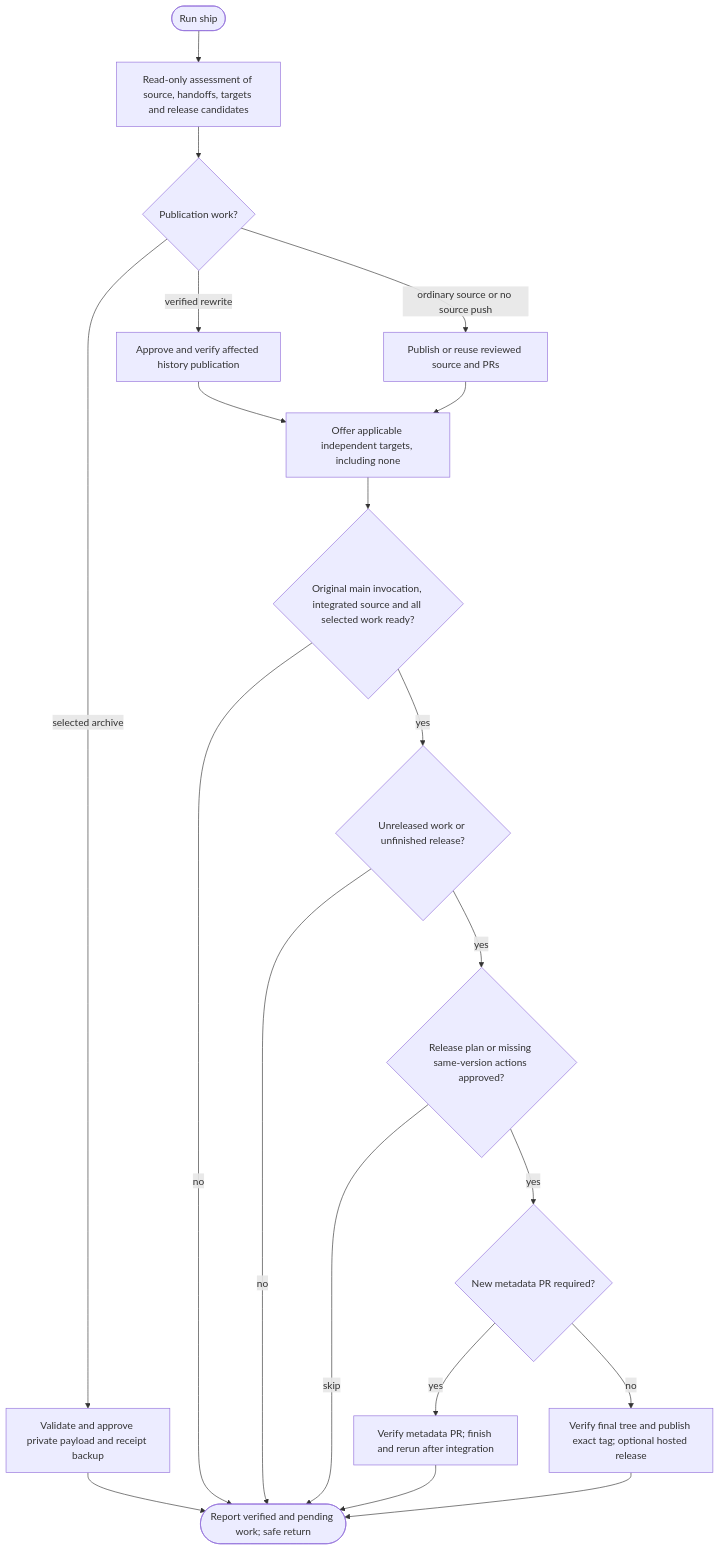
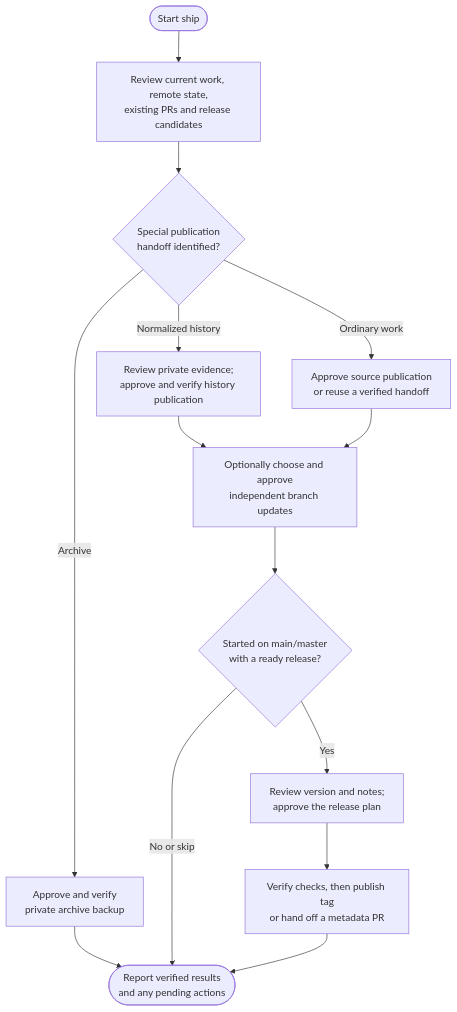
Before and after one commit to myowinthein/agent-helm: the diagram in docs/commands/ship.md, drawn with Mermaid. The commit also changed other lines of this file and 34 other files, not shown here.

````diff
--- a/docs/commands/ship.md
+++ b/docs/commands/ship.md
@@ -39,22 +23,16 @@
 ```mermaid
 flowchart TD
-  Start([Run ship]) --> Assess[Read-only assessment of source, handoffs, targets and release candidates]
-  Assess --> Kind{Publication work?}
-  Kind -->|selected archive| Backup[Validate and approve private payload and receipt backup]
-  Backup --> Finish([Report verified and pending work; safe return])
-  Kind -->|verified rewrite| History[Approve and verify affected history publication]
-  Kind -->|ordinary source or no source push| Core[Publish or reuse reviewed source and PRs]
-  History --> Targets[Offer applicable independent targets, including none]
-  Core --> Targets
-  Targets --> Ready{Original main invocation, integrated source and all selected work ready?}
-  Ready -->|no| Finish
-  Ready -->|yes| Available{Unreleased work or unfinished release?}
-  Available -->|no| Finish
-  Available -->|yes| Decision{Release plan or missing same-version actions approved?}
-  Decision -->|skip| Finish
-  Decision -->|yes| Metadata{New metadata PR required?}
-  Metadata -->|yes| PR[Verify metadata PR; finish and rerun after integration]
-  Metadata -->|no| Tag[Verify final tree and publish exact tag; optional hosted release]
-  PR --> Finish
-  Tag --> Finish
+  Start(["Start ship"]) --> Inspect["Review current work, remote state,<br/>existing PRs and release candidates"]
+  Inspect --> Special{"Special publication<br/>handoff identified?"}
+  Special -->|Archive| Backup["Approve and verify<br/>private archive backup"]
+  Backup --> End(["Report verified results<br/>and any pending actions"])
+  Special -->|Normalized history| History["Review private evidence;<br/>approve and verify history publication"]
+  Special -->|Ordinary work| Source["Approve source publication<br/>or reuse a verified handoff"]
+  History --> Targets["Optionally choose and approve<br/>independent branch updates"]
+  Source --> Targets
+  Targets --> Ready{"Started on main/master<br/>with a ready release?"}
+  Ready -->|No or skip| End
+  Ready -->|Yes| Release["Review version and notes;<br/>approve the release plan"]
+  Release --> Result["Verify checks, then publish tag<br/>or hand off a metadata PR"]
+  Result --> End
 ```
````
